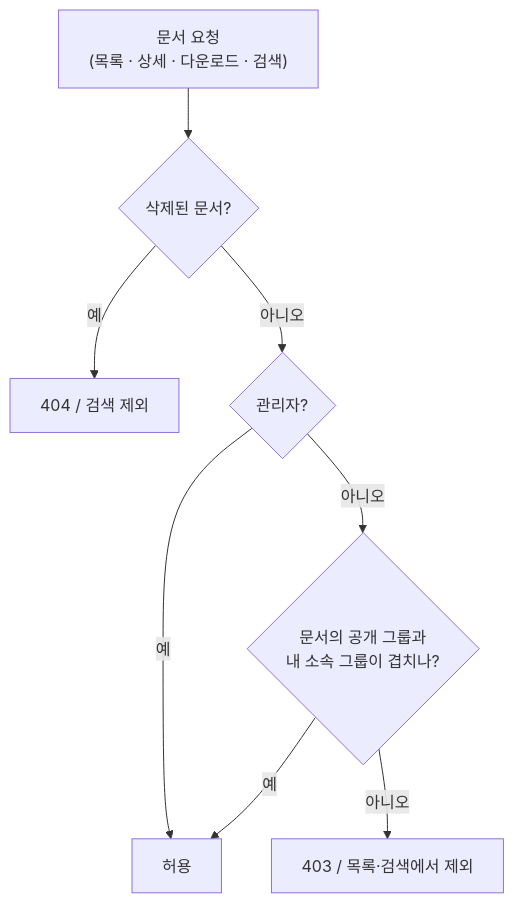
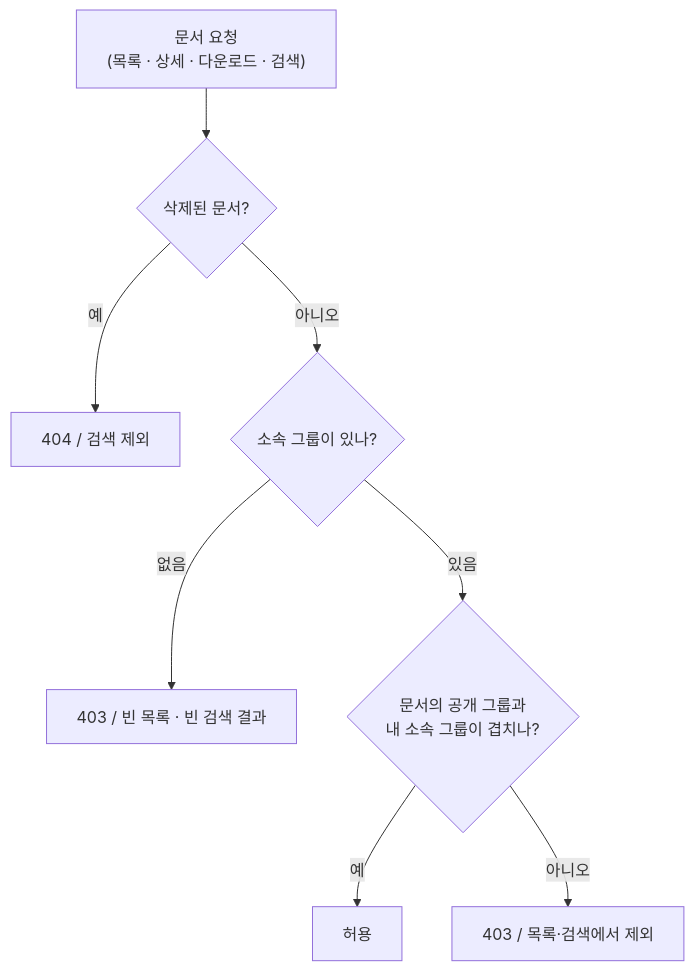
Before and after one commit to well0924/rag_wiki_project_backend: the second of 7 diagrams in docs/business-logic.md, drawn with Mermaid. The commit also changed other lines of this file and 19 other files, not shown here.

````diff
--- a/docs/business-logic.md
+++ b/docs/business-logic.md
@@ -93,10 +103,10 @@
 ```mermaid
 flowchart TD
     R["문서 요청<br/>(목록 · 상세 · 다운로드 · 검색)"] --> D{"삭제된 문서?"}
     D -->|예| NF["404 / 검색 제외"]
-    D -->|아니오| A{"관리자?"}
-    A -->|예| OK["허용"]
-    A -->|아니오| P{"문서의 공개 그룹과<br/>내 소속 그룹이 겹치나?"}
-    P -->|예| OK
+    D -->|아니오| E{"소속 그룹이 있나?"}
+    E -->|없음| EMPTY["403 / 빈 목록 · 빈 검색 결과"]
+    E -->|있음| P{"문서의 공개 그룹과<br/>내 소속 그룹이 겹치나?"}
+    P -->|예| OK["허용"]
     P -->|아니오| FB["403 / 목록·검색에서 제외"]
 ```
````
